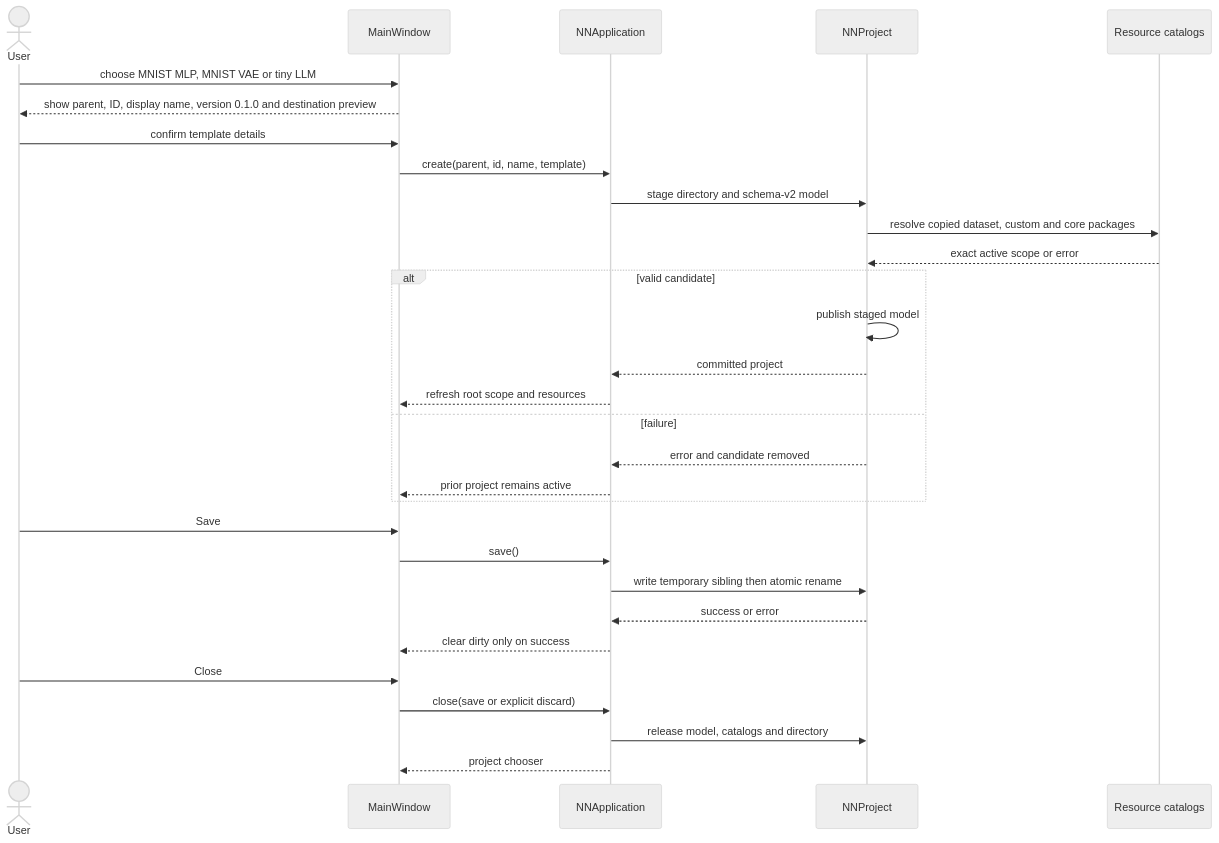
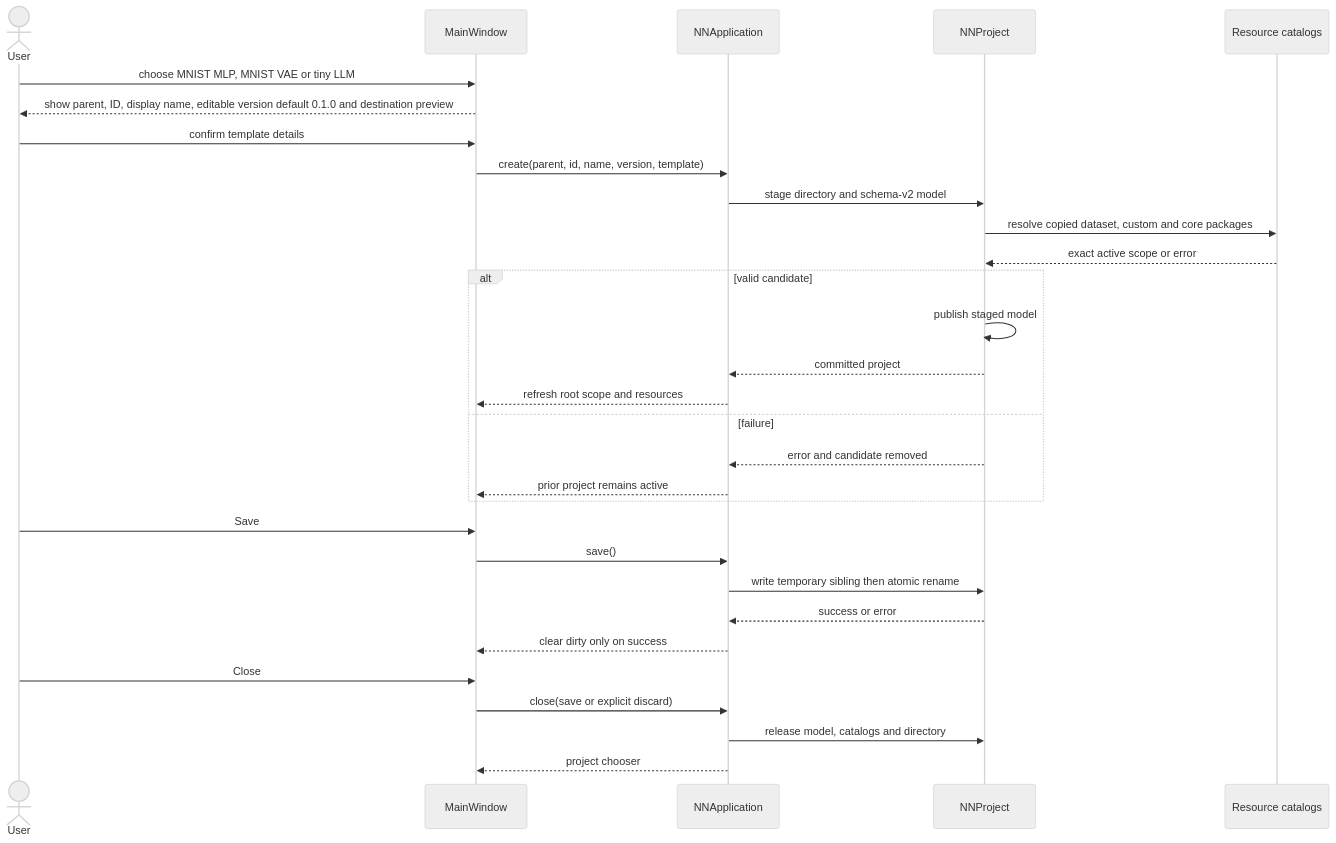
One commit to LucaSforza/nnmodelling-ui changed the third of 9 diagrams in docs/knowledge/uml/sequences/project-editor.md. Above: the diagram before and after it, drawn with Mermaid (neutral theme). The commit also changed other lines of this file and 2 other files, not shown here.

Commit message:
docs: specify project version and browse cancel flow

````diff
--- a/docs/knowledge/uml/sequences/project-editor.md
+++ b/docs/knowledge/uml/sequences/project-editor.md
@@ -95,32 +104,32 @@
 ```mermaid
   sequenceDiagram
     actor User
     participant Qt as MainWindow
     participant App as NNApplication
     participant Project as NNProject
     participant Catalog as Resource catalogs
     User->>Qt: choose MNIST MLP, MNIST VAE or tiny LLM
-    Qt-->>User: show parent, ID, display name, version 0.1.0 and destination preview
+    Qt-->>User: show parent, ID, display name, editable version default 0.1.0 and destination preview
     User->>Qt: confirm template details
-    Qt->>App: create(parent, id, name, template)
+    Qt->>App: create(parent, id, name, version, template)
     App->>Project: stage directory and schema-v2 model
     Project->>Catalog: resolve copied dataset, custom and core packages
     Catalog-->>Project: exact active scope or error
     alt valid candidate
       Project->>Project: publish staged model
       Project-->>App: committed project
       App-->>Qt: refresh root scope and resources
     else failure
       Project-->>App: error and candidate removed
       App-->>Qt: prior project remains active
     end
     User->>Qt: Save
     Qt->>App: save()
     App->>Project: write temporary sibling then atomic rename
     Project-->>App: success or error
     App-->>Qt: clear dirty only on success
     User->>Qt: Close
     Qt->>App: close(save or explicit discard)
     App->>Project: release model, catalogs and directory
     App-->>Qt: project chooser
 ```
````
